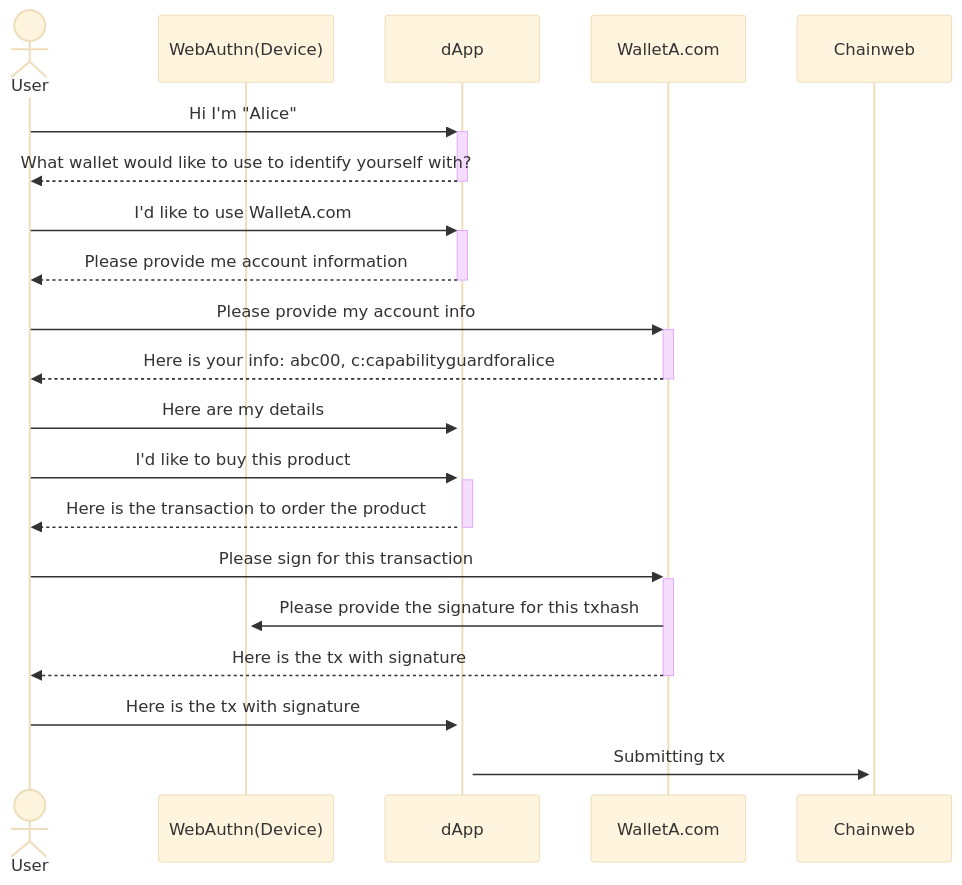
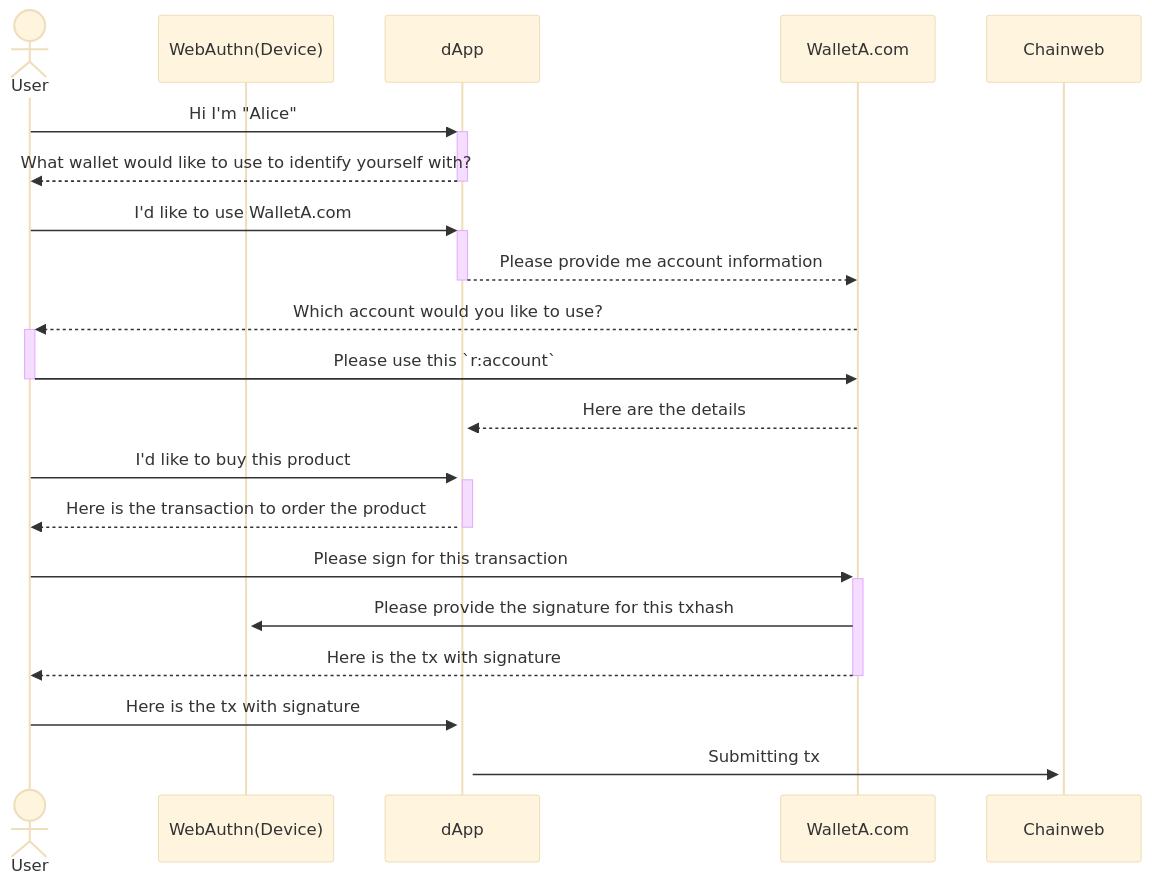
The second of 4 diagrams in docs/KIP-0023/KIP-0023.md (kadena-community/spirekey), drawn with Mermaid (base theme) before and after one commit. The commit also changed other lines of this file, not shown here.

Commit message:
Update KIP 23 with `r:account` spec

````diff
--- a/docs/KIP-0023/KIP-0023.md
+++ b/docs/KIP-0023/KIP-0023.md
@@ -373,23 +287,23 @@
 ```mermaid
 sequenceDiagram
   actor User
   participant WebAuthn(Device)
   participant dApp
   participant WalletA.com
   participant Chainweb
 
   User->>+dApp: Hi I'm "Alice"
   dApp-->>-User: What wallet would like to use to identify yourself with?
   User->>+dApp: I'd like to use WalletA.com
-  dApp-->>-User: Please provide me account information
-  User->>+WalletA.com: Please provide my account info
-  WalletA.com-->>-User: Here is your info: abc00, c:capabilityguardforalice
-  User->>+dApp: Here are my details
+  dApp-->>-WalletA.com: Please provide me account information
+  WalletA.com-->>+User: Which account would you like to use?
+  User->>-WalletA.com: Please use this `r:account`
+  WalletA.com-->>+dApp: Here are the details
   User->>+dApp: I'd like to buy this product
   dApp-->>-User: Here is the transaction to order the product
   User->>+WalletA.com: Please sign for this transaction
   WalletA.com->>+WebAuthn(Device): Please provide the signature for this txhash
   WalletA.com-->>-User: Here is the tx with signature
   User->>+dApp: Here is the tx with signature
   dApp->>+Chainweb: Submitting tx
 ```
````
